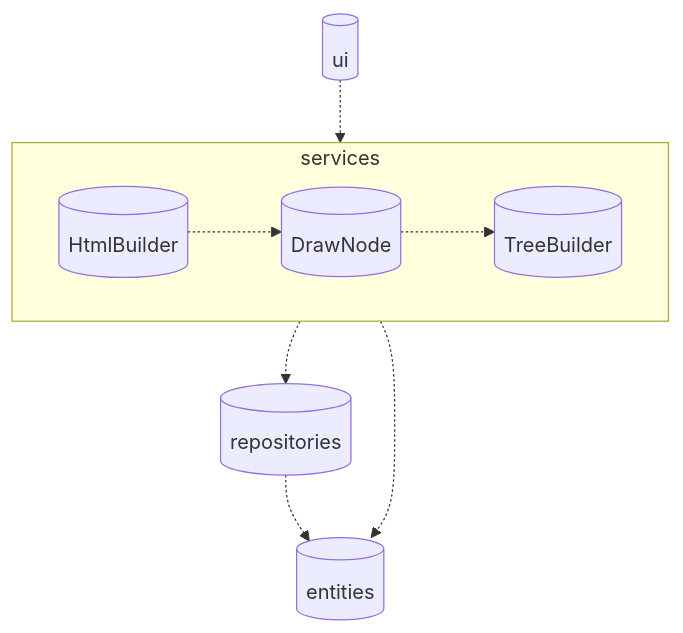
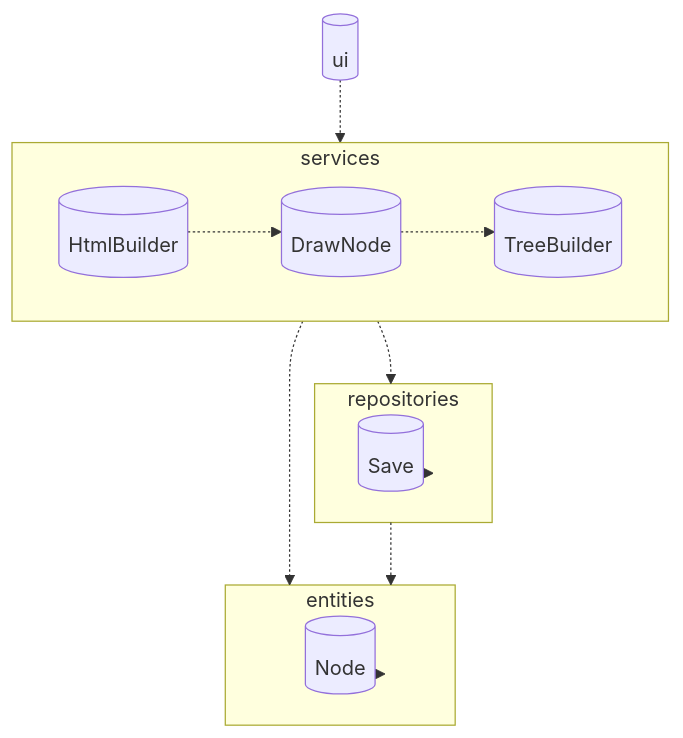
One commit to gitelras/html-editori changed the first of 3 diagrams in dokumentaatio/arkkitehtuuri.md. Above: the diagram before and after it, drawn with Mermaid. The commit also changed other lines of this file, not shown here.

````diff
--- a/dokumentaatio/arkkitehtuuri.md
+++ b/dokumentaatio/arkkitehtuuri.md
@@ -5,20 +5,29 @@
 ```mermaid
 graph TD;
     subgraph services ["services"]
         DrawNode[("DrawNode")]
         TreeBuilder[("TreeBuilder")]
         HtmlBuilder[("HtmlBuilder")]
     end
 
+    subgraph repositories ["repositories"]
+        Save[("Save")]
+    end
+
+    subgraph entities ["entities"]
+        Node[("Node")]
+    end
+
     ui[("ui")]
-    repositories[("repositories")]
-    entities[("entities")]
 
     ui -.-> services
     services -.-> repositories
     services -.-> entities
     repositories -.-> entities
 
     DrawNode -.-> TreeBuilder
     HtmlBuilder -.-> DrawNode
+    repositories -.-> Save
+    entities -.-> Node
+
 ```
````
